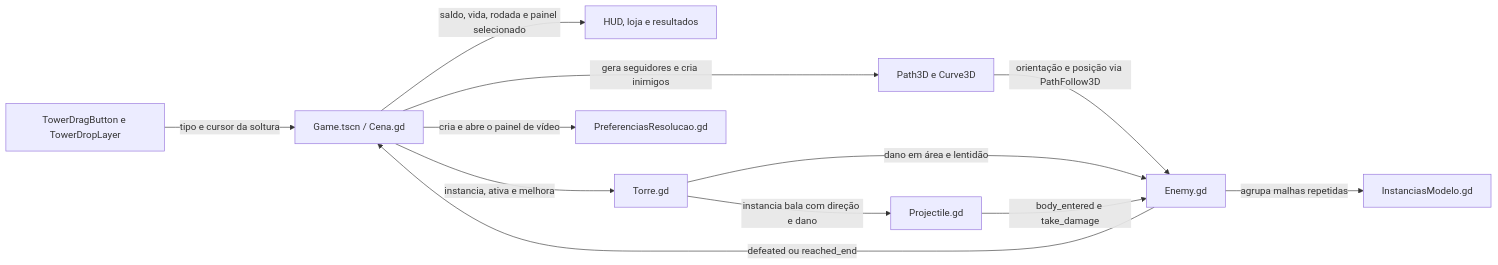
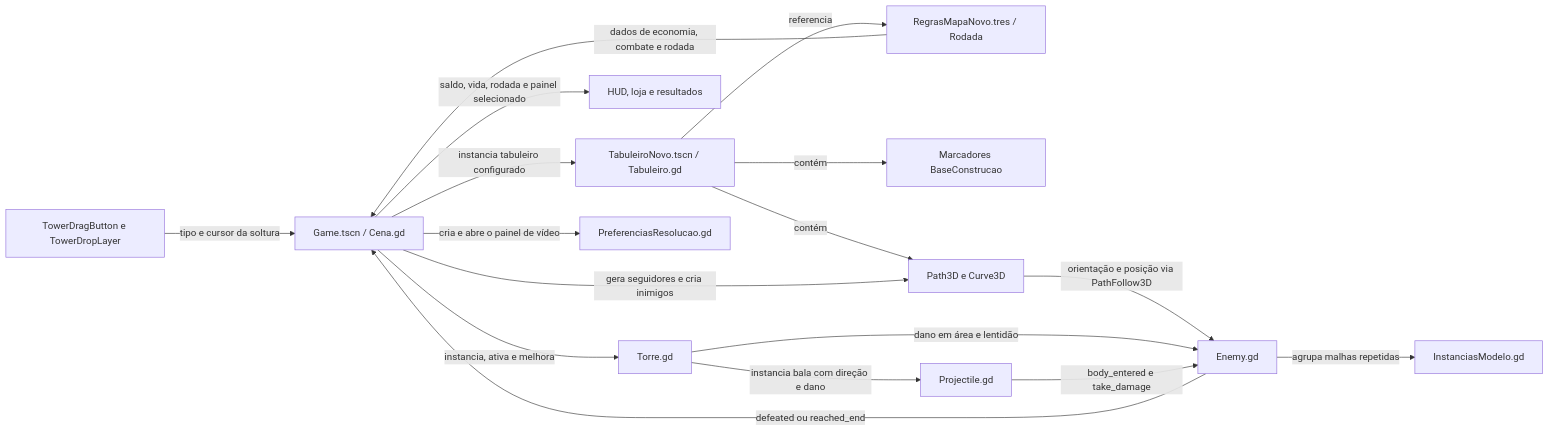
Before and after one commit to Guibpb/Charged-Fuss: the first of 3 diagrams in RELATORIO_TECNICO.md, drawn with Mermaid. The commit also changed other lines of this file and 9 other files, not shown here.

````diff
--- a/RELATORIO_TECNICO.md
+++ b/RELATORIO_TECNICO.md
@@ -386,23 +425,31 @@
 ```mermaid
 flowchart LR
     G["Game.tscn / Cena.gd"]
+    M["TabuleiroNovo.tscn / Tabuleiro.gd"]
+    R["RegrasMapaNovo.tres / Rodada"]
+    A["Marcadores BaseConstrucao"]
     D["TowerDragButton e TowerDropLayer"]
     H["HUD, loja e resultados"]
     P["Path3D e Curve3D"]
     T["Torre.gd"]
     B["Projectile.gd"]
     E["Enemy.gd"]
     I["InstanciasModelo.gd"]
     V["PreferenciasResolucao.gd"]
     D -->|"tipo e cursor da soltura"| G
+    G -->|"instancia tabuleiro configurado"| M
+    M -->|"contém"| P
+    M -->|"contém"| A
+    M -->|"referencia"| R
+    R -->|"dados de economia, combate e rodada"| G
     G -->|"saldo, vida, rodada e painel selecionado"| H
     G -->|"instancia, ativa e melhora"| T
     G -->|"gera seguidores e cria inimigos"| P
     P -->|"orientação e posição via PathFollow3D"| E
     T -->|"instancia bala com direção e dano"| B
     T -->|"dano em área e lentidão"| E
     B -->|"body_entered e take_damage"| E
     E -->|"defeated ou reached_end"| G
     E -->|"agrupa malhas repetidas"| I
     G -->|"cria e abre o painel de vídeo"| V
 ```
````
